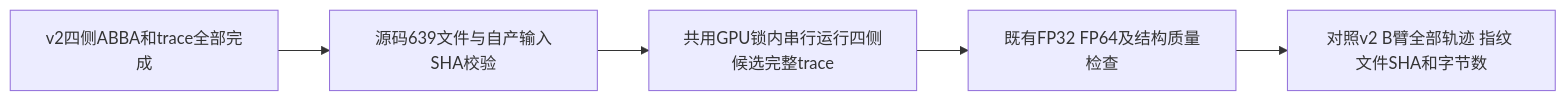
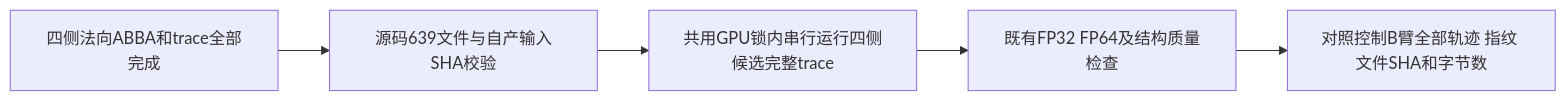
Before and after one commit to weikanggong1/Fudan-Neuroimaging-toolkit: the diagram in validation/recon_all/optimizations/20261017_sphere_normals/CANDIDATE_TRACE_REGRESSION.md, drawn with Mermaid. The commit also changed other lines of this file and 3 other files, not shown here.

````diff
--- a/validation/recon_all/optimizations/20261017_sphere_normals/CANDIDATE_TRACE_REGRESSION.md
+++ b/validation/recon_all/optimizations/20261017_sphere_normals/CANDIDATE_TRACE_REGRESSION.md
@@ -16,7 +16,7 @@
 ```mermaid
 flowchart LR
-    A[v2四侧ABBA和trace全部完成] --> B[源码639文件与自产输入SHA校验]
+    A[四侧法向ABBA和trace全部完成] --> B[源码639文件与自产输入SHA校验]
     B --> C[共用GPU锁内串行运行四侧候选完整trace]
     C --> D[既有FP32 FP64及结构质量检查]
-    D --> E[对照v2 B臂全部轨迹 指纹 文件SHA和字节数]
+    D --> E[对照控制B臂全部轨迹 指纹 文件SHA和字节数]
 ```
````
